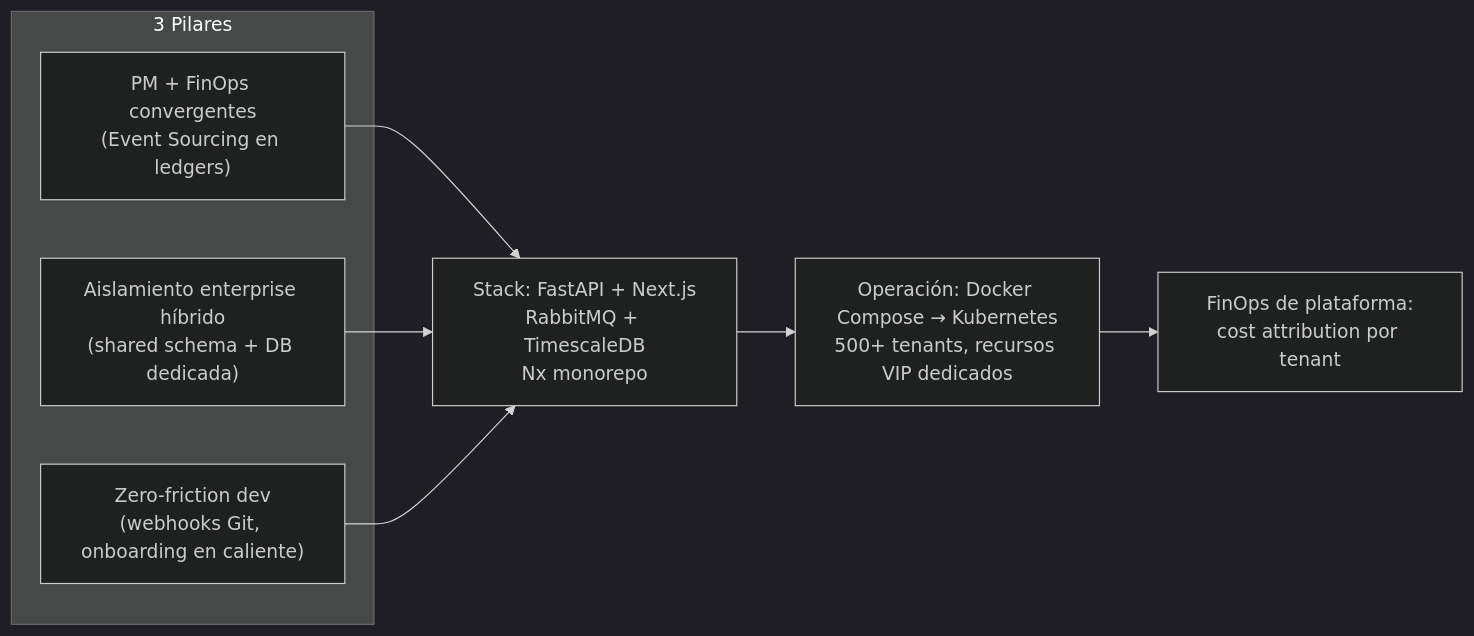
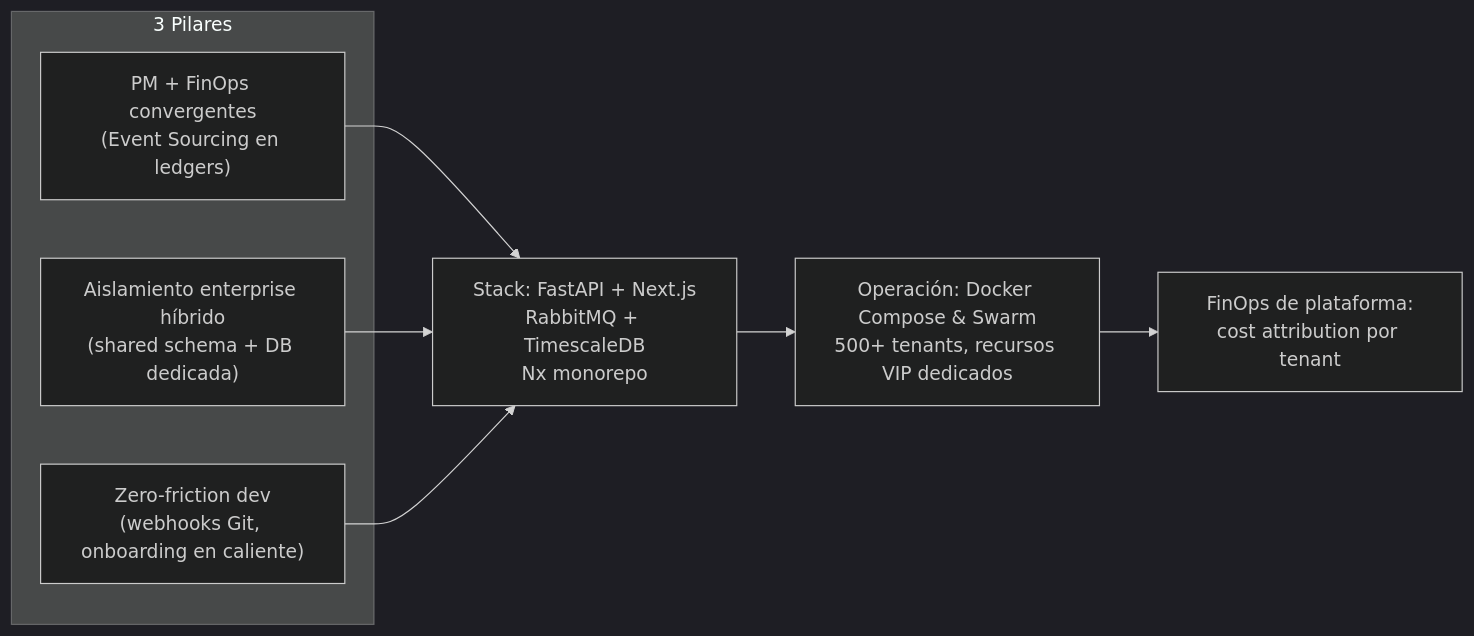
Before and after one commit to neowolfman/project-saas: the diagram in docs/architecture/00-Executive-Summary.md, drawn with Mermaid (dark theme). The commit also changed other lines of this file and 21 other files, not shown here.

Commit message:
feat: implement e2e testing suite and pivot infrastructure strategy from Kubernetes to Docker Swarm for VIP resource isolation

````diff
--- a/docs/architecture/00-Executive-Summary.md
+++ b/docs/architecture/00-Executive-Summary.md
@@ -57,13 +57,13 @@
 ```mermaid
 flowchart LR
     subgraph Principales["3 Pilares"]
         A["PM + FinOps convergentes<br/>(Event Sourcing en ledgers)"]
         B["Aislamiento enterprise híbrido<br/>(shared schema + DB dedicada)"]
         C["Zero-friction dev<br/>(webhooks Git, onboarding en caliente)"]
     end
     A --> D["Stack: FastAPI + Next.js<br/>RabbitMQ + TimescaleDB<br/>Nx monorepo"]
     B --> D
     C --> D
-    D --> E["Operación: Docker Compose → Kubernetes<br/>500+ tenants, recursos VIP dedicados"]
+    D --> E["Operación: Docker Compose & Swarm<br/>500+ tenants, recursos VIP dedicados"]
     E --> F["FinOps de plataforma:<br/>cost attribution por tenant"]
 ```
````
